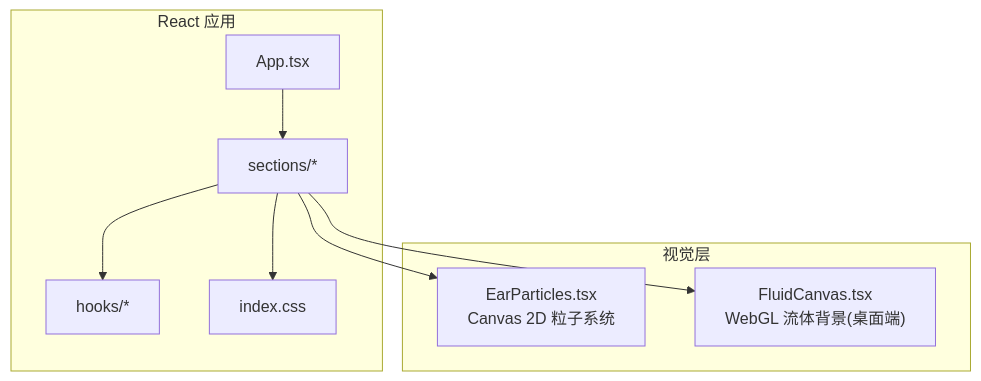
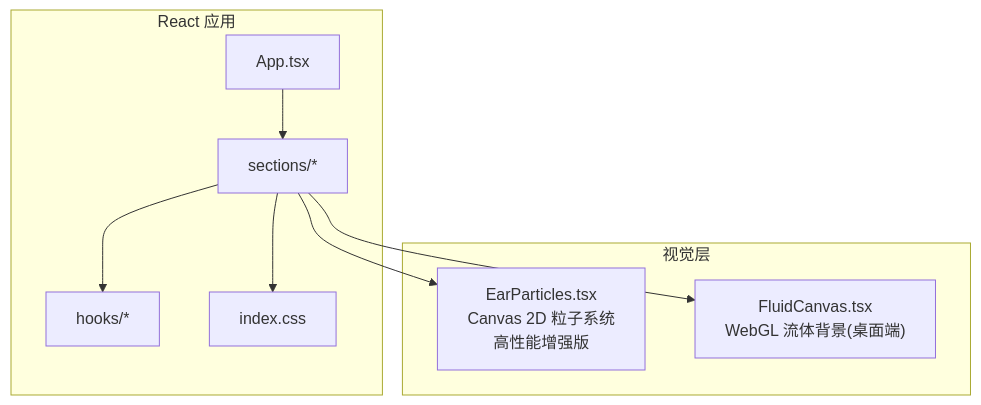
Before and after one commit to Primoguo/naolizhi.cn: the first of 5 diagrams in .qoder/repowiki/zh/content/核心功能模块/粒子装饰系统.md, drawn with Mermaid. The commit also changed other lines of this file and 23 other files, not shown here.

````diff
--- a/.qoder/repowiki/zh/content/核心功能模块/粒子装饰系统.md
+++ b/.qoder/repowiki/zh/content/核心功能模块/粒子装饰系统.md
@@ -41,18 +50,18 @@
 ```mermaid
 graph TB
 subgraph "React 应用"
 App["App.tsx"]
 Sections["sections/*"]
 Hooks["hooks/*"]
 Styles["index.css"]
 end
 subgraph "视觉层"
-Ear["EarParticles.tsx<br/>Canvas 2D 粒子系统"]
+Ear["EarParticles.tsx<br/>Canvas 2D 粒子系统<br/>高性能增强版"]
 Fluid["FluidCanvas.tsx<br/>WebGL 流体背景(桌面端)"]
 end
 App --> Sections
 Sections --> Ear
 Sections --> Fluid
 Sections --> Hooks
 Sections --> Styles
 ```
````
